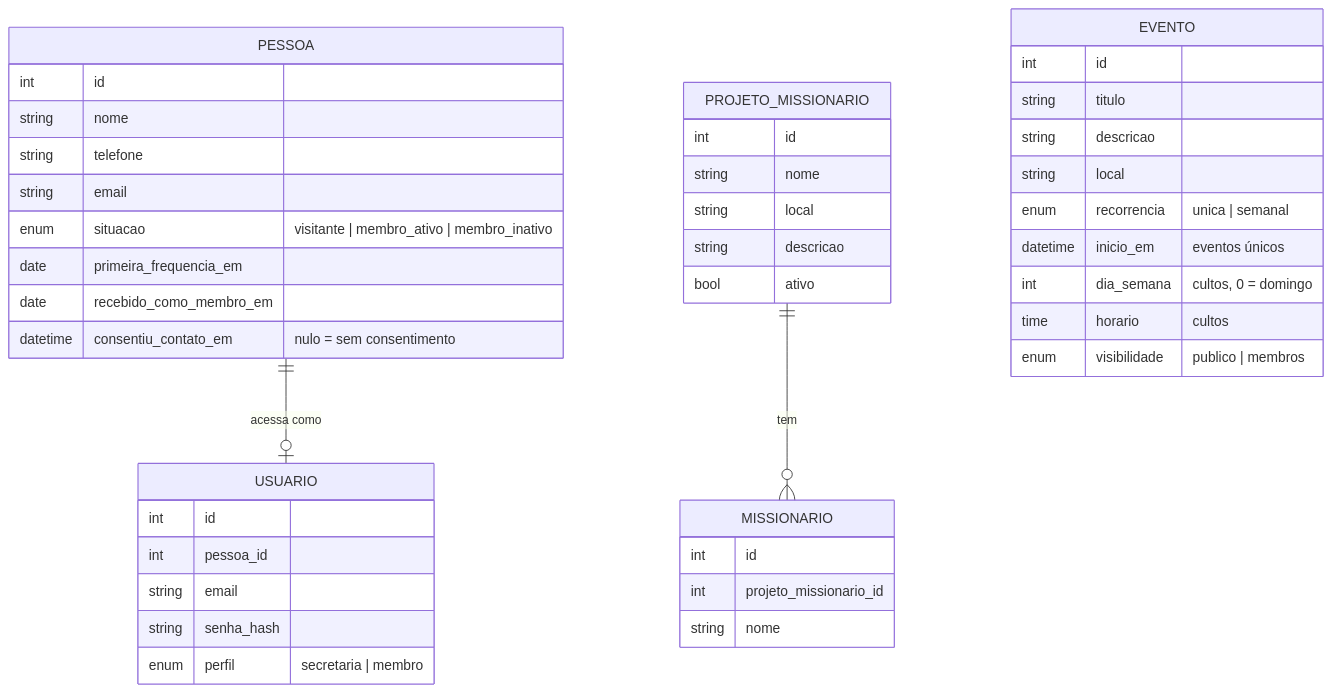
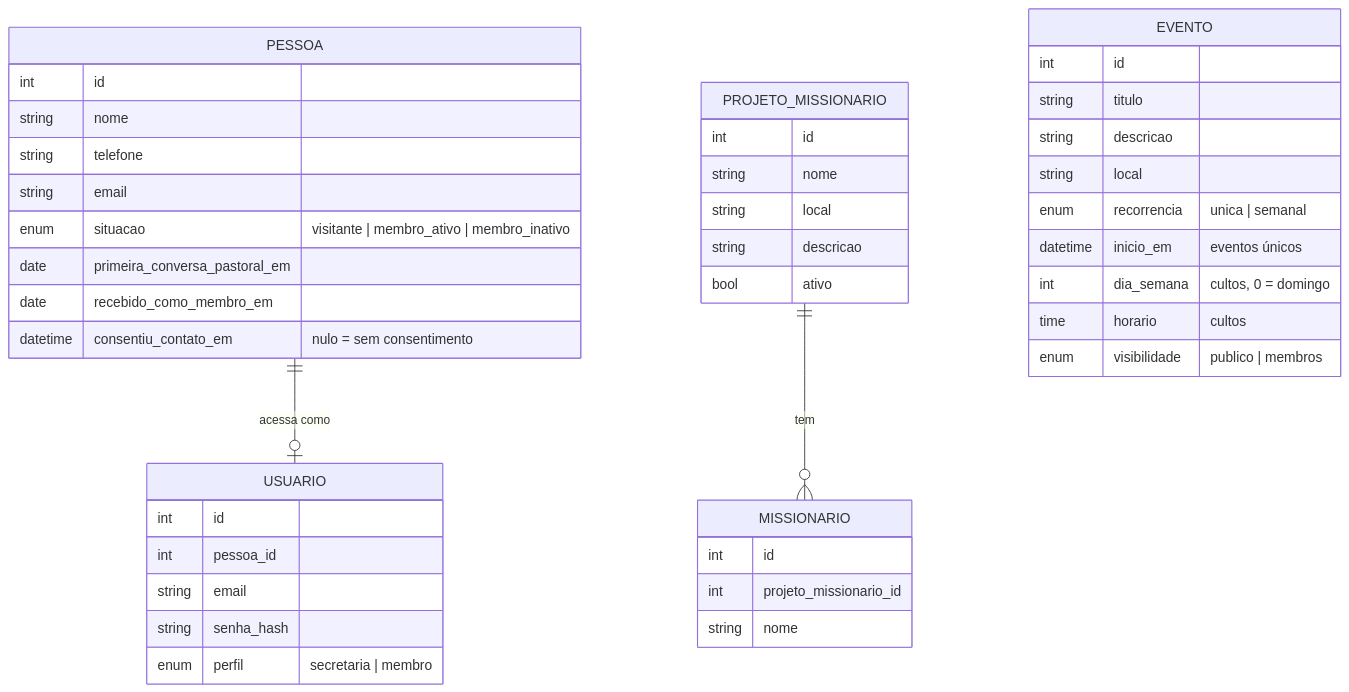
One commit to silas-batista/rebanho changed the diagram in ep2-fundamentacao-e-desenho-mvp.md. Above: the diagram before and after it, drawn with Mermaid. The commit also changed 10 other files, not shown here.

````diff
--- a/ep2-fundamentacao-e-desenho-mvp.md
+++ b/ep2-fundamentacao-e-desenho-mvp.md
@@ -105,46 +105,46 @@
 ```mermaid
 erDiagram
   PESSOA ||--o| USUARIO : "acessa como"
   PROJETO_MISSIONARIO ||--o{ MISSIONARIO : "tem"
 
   PESSOA {
     int id
     string nome
     string telefone
     string email
     enum situacao "visitante | membro_ativo | membro_inativo"
-    date primeira_frequencia_em
+    date primeira_conversa_pastoral_em
     date recebido_como_membro_em
     datetime consentiu_contato_em "nulo = sem consentimento"
   }
   USUARIO {
     int id
     int pessoa_id
     string email
     string senha_hash
     enum perfil "secretaria | membro"
   }
   EVENTO {
     int id
     string titulo
     string descricao
     string local
     enum recorrencia "unica | semanal"
     datetime inicio_em "eventos únicos"
     int dia_semana "cultos, 0 = domingo"
     time horario "cultos"
     enum visibilidade "publico | membros"
   }
   PROJETO_MISSIONARIO {
     int id
     string nome
     string local
     string descricao
     bool ativo
   }
   MISSIONARIO {
     int id
     int projeto_missionario_id
     string nome
   }
 ```
````
